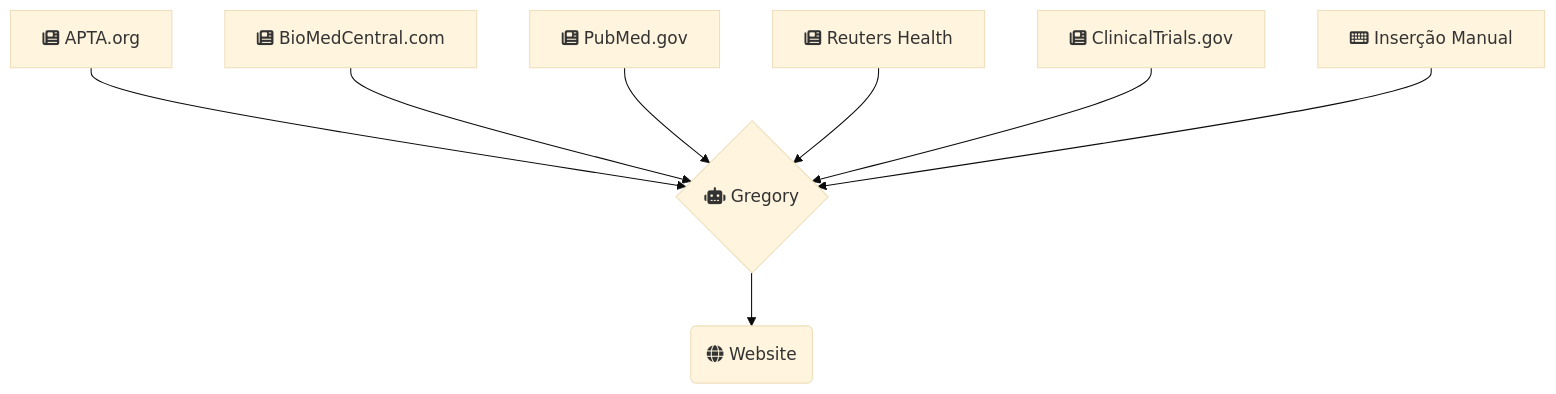
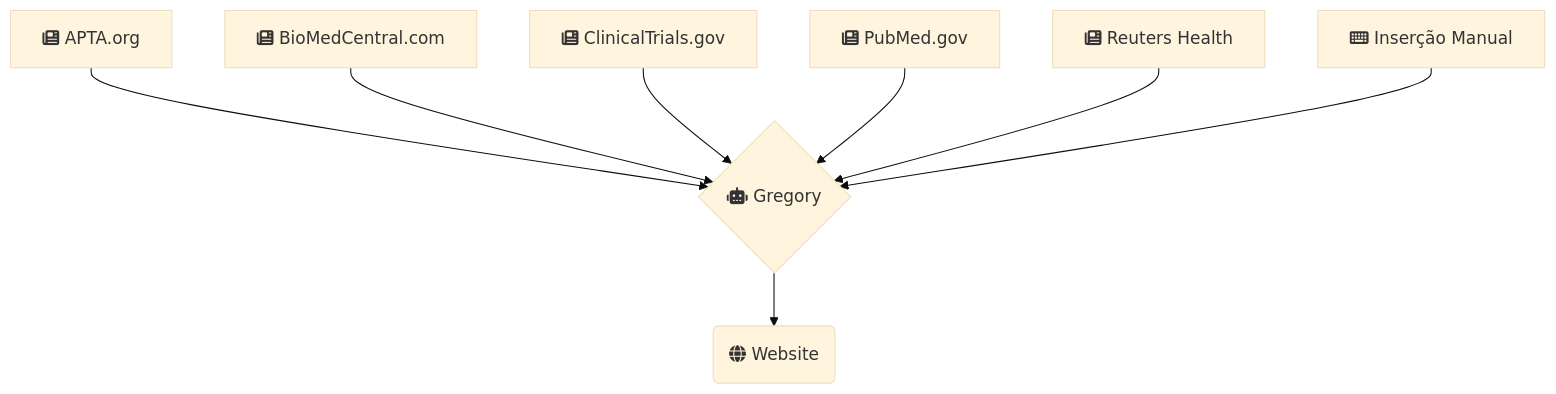
The diagram in content/about/index.md (brunoamaral/gregory-ai), drawn with Mermaid (base theme) before and after one commit. The commit also changed other lines of this file, not shown here.

````diff
--- a/content/about/index.md
+++ b/content/about/index.md
@@ -41,10 +41,10 @@
 ```mermaid
 graph TD;
     APTA[fa:fa-newspaper APTA.org] -->Gregory;
     BioMedCentral[fa:fa-newspaper BioMedCentral.com] -->Gregory;
+    ClinicalTrials[fa:fa-newspaper ClinicalTrials.gov]-->Gregory;
     PubMed[fa:fa-newspaper PubMed.gov] -->Gregory;
     Reuters[fa:fa-newspaper Reuters Health]-->Gregory;
-    ClinicalTrials[fa:fa-newspaper ClinicalTrials.gov]-->Gregory;
     Manual[fa:fa-keyboard Inserção Manual]-->Gregory;
     Gregory{fa:fa-robot Gregory}-->Website(fa:fa-globe Website)
 ```
````
